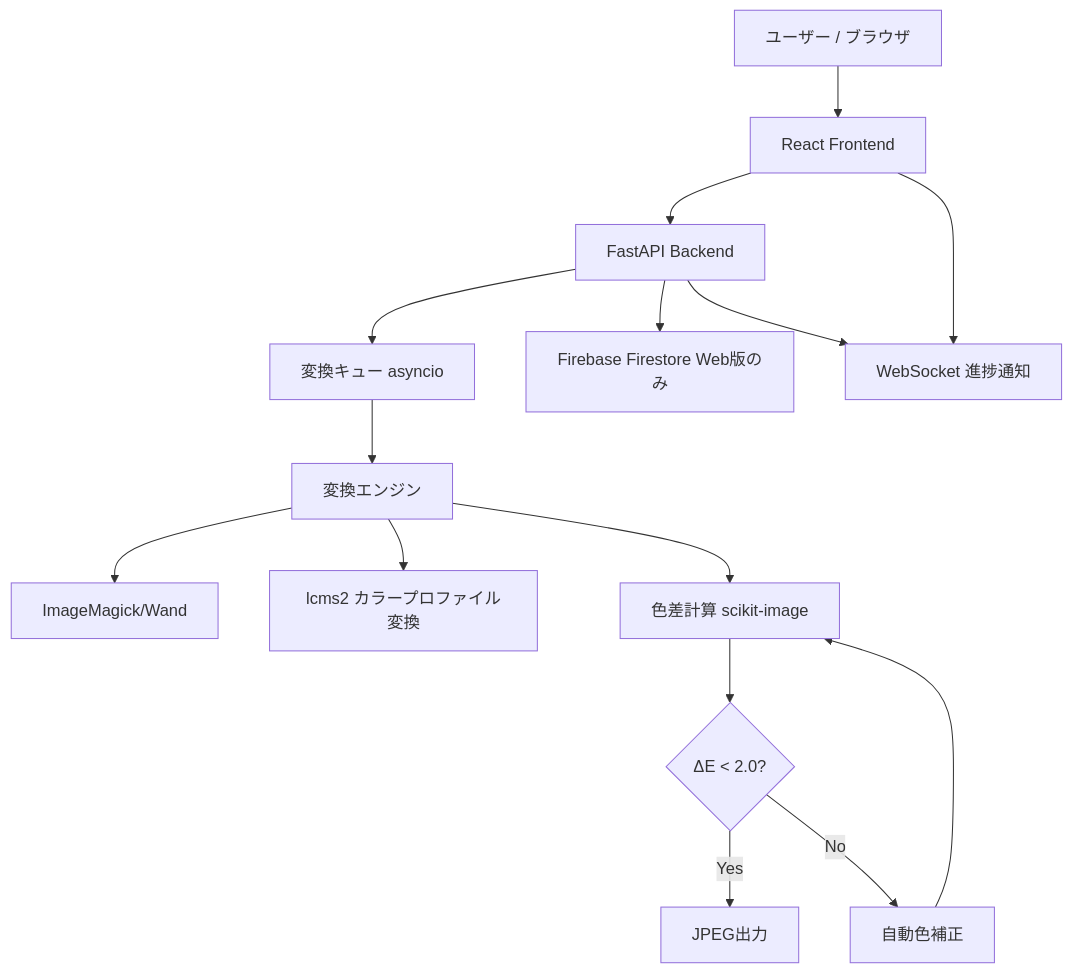
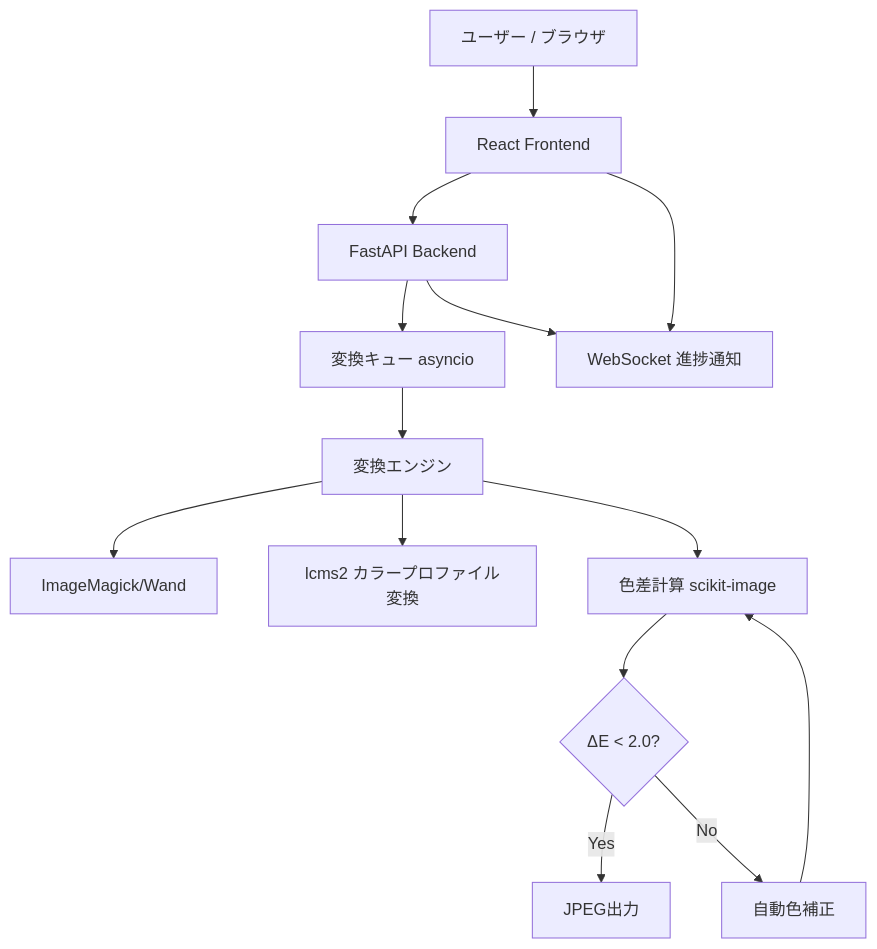
One commit to sayasurvey/chroma-sync changed the diagram in .spec-workflow/specs/design.md. Above: the diagram before and after it, drawn with Mermaid. The commit also changed other lines of this file and 3 other files, not shown here.

````diff
--- a/.spec-workflow/specs/design.md
+++ b/.spec-workflow/specs/design.md
@@ -33,17 +31,16 @@
 ```mermaid
 graph TD
     User[ユーザー / ブラウザ] --> Frontend[React Frontend]
     Frontend --> API[FastAPI Backend]
     API --> Queue[変換キュー asyncio]
     Queue --> ConvEngine[変換エンジン]
     ConvEngine --> IMagick[ImageMagick/Wand]
     ConvEngine --> LCMS[lcms2 カラープロファイル変換]
     ConvEngine --> ColorDiff[色差計算 scikit-image]
     ColorDiff --> Decision{ΔE < 2.0?}
     Decision -->|Yes| Output[JPEG出力]
     Decision -->|No| AutoFix[自動色補正]
     AutoFix --> ColorDiff
-    API --> Firebase[Firebase Firestore Web版のみ]
     API --> WS[WebSocket 進捗通知]
     Frontend --> WS
 ```
````
